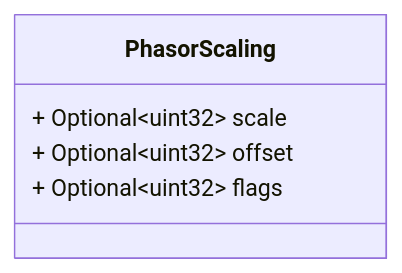
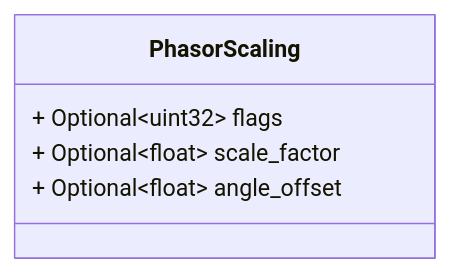
The fifth of 6 diagrams in docs/conf.proto.md (zaphiro-technologies/protobuf), drawn with Mermaid before and after one commit. The commit also changed other lines of this file and 9 other files, not shown here.

````diff
--- a/docs/conf.proto.md
+++ b/docs/conf.proto.md
@@ -144,13 +144,13 @@
 ```mermaid
 classDiagram
 direction LR
 
 %% Scaling information structure used in Config Frame 3 for Phasors.
 
 class PhasorScaling {
-  + Optional~uint32~ scale
-  + Optional~uint32~ offset
   + Optional~uint32~ flags
+  + Optional~float~ scale_factor
+  + Optional~float~ angle_offset
 }
 
 ```
````
